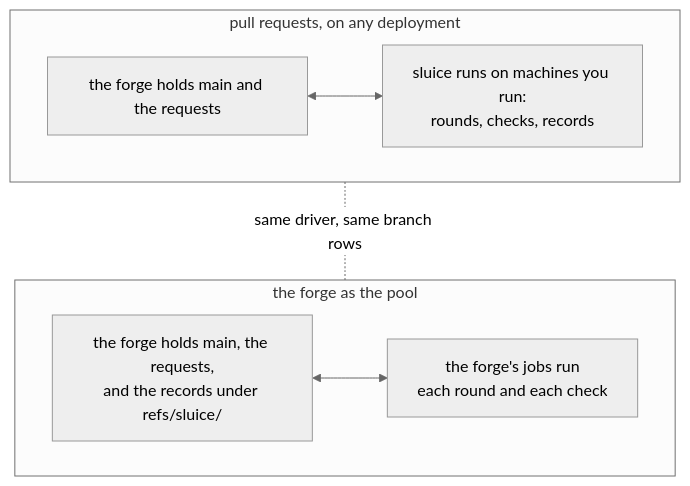
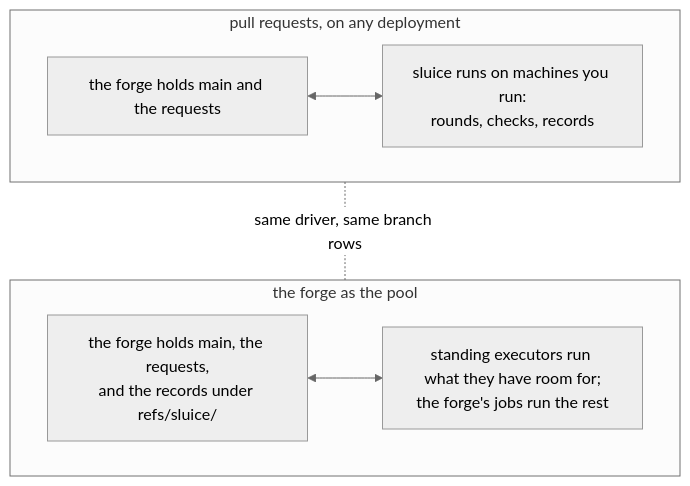
Before and after one commit to agentplot/blueprints: the fifth of 5 diagrams in books/sluice/src/pull-requests.md, drawn with Mermaid (neutral theme). The commit also changed other lines of this file and 12 other files, not shown here.

````diff
--- a/books/sluice/src/pull-requests.md
+++ b/books/sluice/src/pull-requests.md
@@ -172,16 +176,16 @@
 ```mermaid
 flowchart TB
     subgraph general ["pull requests, on any deployment"]
         direction LR
         g1["the forge holds main and the requests"]
         g2["sluice runs on machines you run:<br/>rounds, checks, records"]
         g1 <--> g2
     end
     subgraph pool ["the forge as the pool"]
         direction LR
         p1["the forge holds main, the requests,<br/>and the records under refs/sluice/"]
-        p2["the forge's jobs run<br/>each round and each check"]
+        p2["standing executors run what they have room for;<br/>the forge's jobs run the rest"]
         p1 <--> p2
     end
     general -.-|same driver, same branch rows| pool
 ```
````
